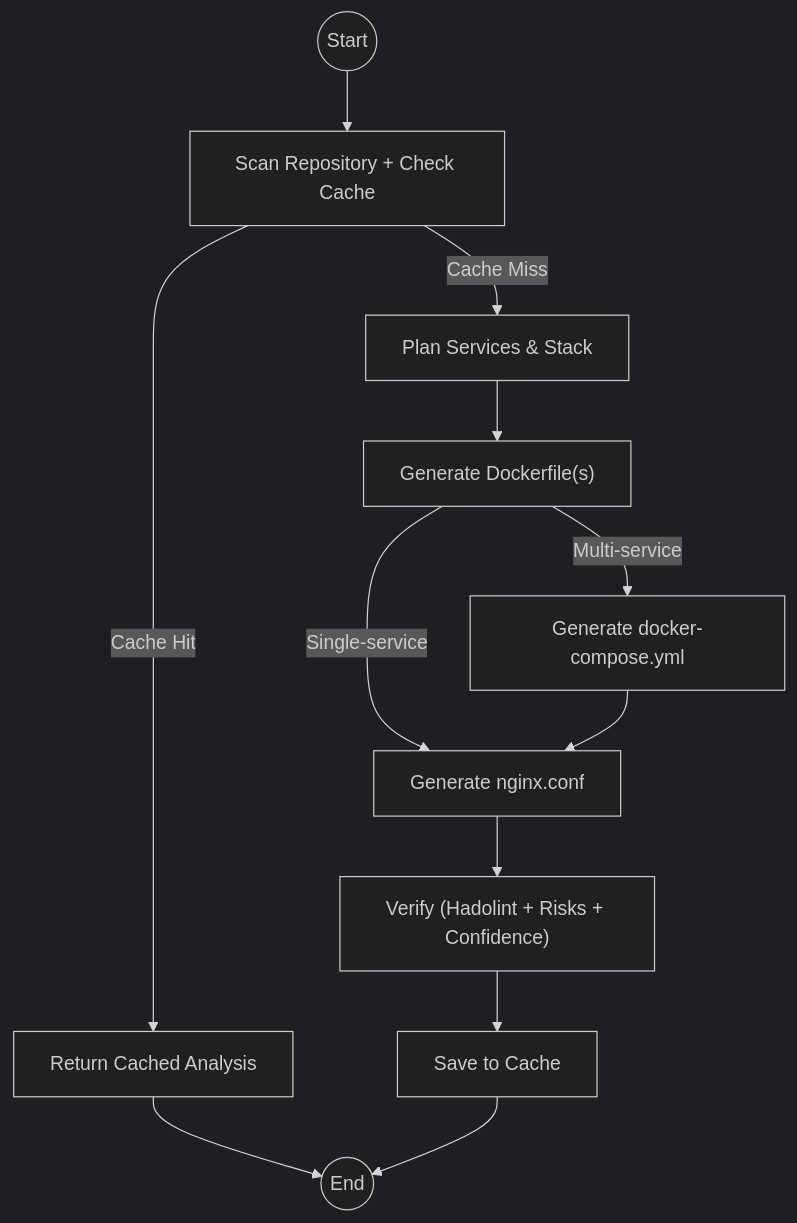
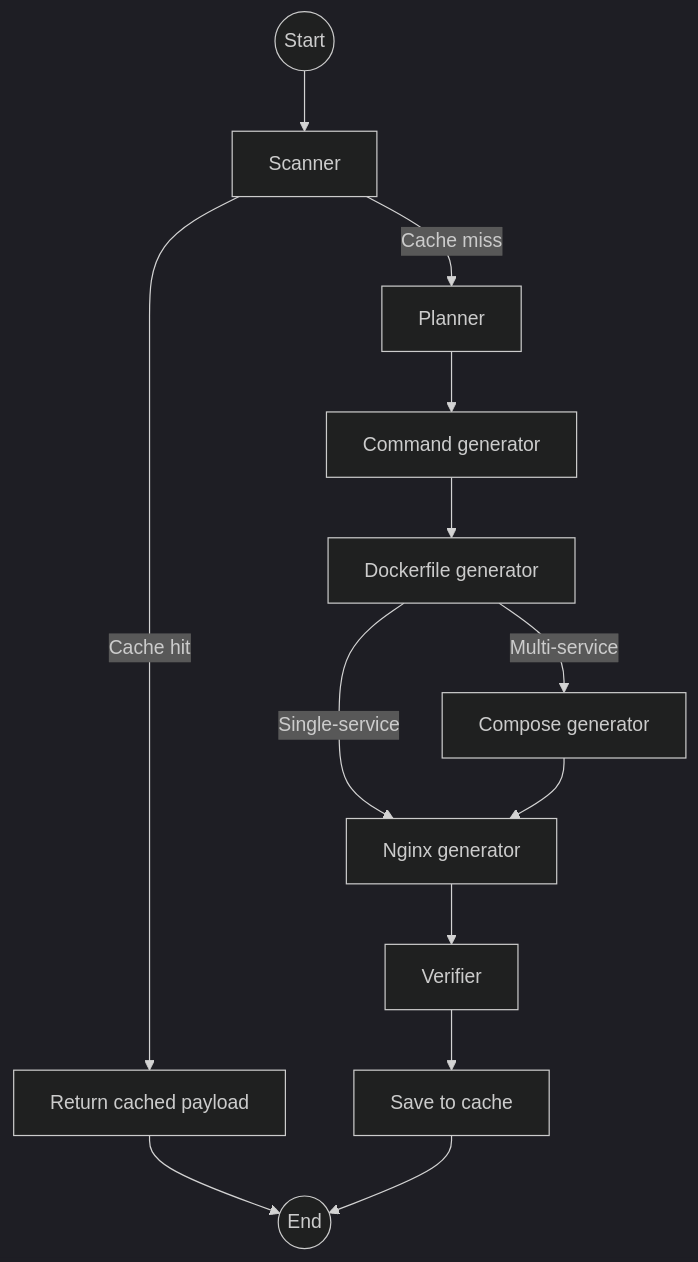
The diagram in README.md (anirudh-makuluri/deploypilot-ai), drawn with Mermaid (dark theme) before and after one commit. The commit also changed other lines of this file and 6 other files, not shown here.

````diff
--- a/README.md
+++ b/README.md
@@ -17,16 +21,15 @@
 ```mermaid
 graph TD
-    Start(("Start")) --> Scan["Scan Repository + Check Cache"]
-    Scan -->|Cache Hit| ReturnCache["Return Cached Analysis"]
-    Scan -->|Cache Miss| Plan["Plan Services & Stack"]
-
-    Plan --> Dockerfile["Generate Dockerfile(s)"]
-    Dockerfile -->|Multi-service| Compose["Generate docker-compose.yml"]
-    Dockerfile -->|Single-service| Nginx["Generate nginx.conf"]
-    Compose --> Nginx["Generate nginx.conf"]
-    Nginx --> Verify["Verify (Hadolint + Risks + Confidence)"]
-    Verify --> Save["Save to Cache"]
-
+    Start(("Start")) --> Scan["Scanner"]
+    Scan -->|Cache hit| ReturnCache["Return cached payload"]
+    Scan -->|Cache miss| Plan["Planner"]
+    Plan --> Commands["Command generator"]
+    Commands --> Docker["Dockerfile generator"]
+    Docker -->|Multi-service| Compose["Compose generator"]
+    Docker -->|Single-service| Nginx["Nginx generator"]
+    Compose --> Nginx
+    Nginx --> Verify["Verifier"]
+    Verify --> Save["Save to cache"]
     ReturnCache --> End(("End"))
     Save --> End
 ```
````
